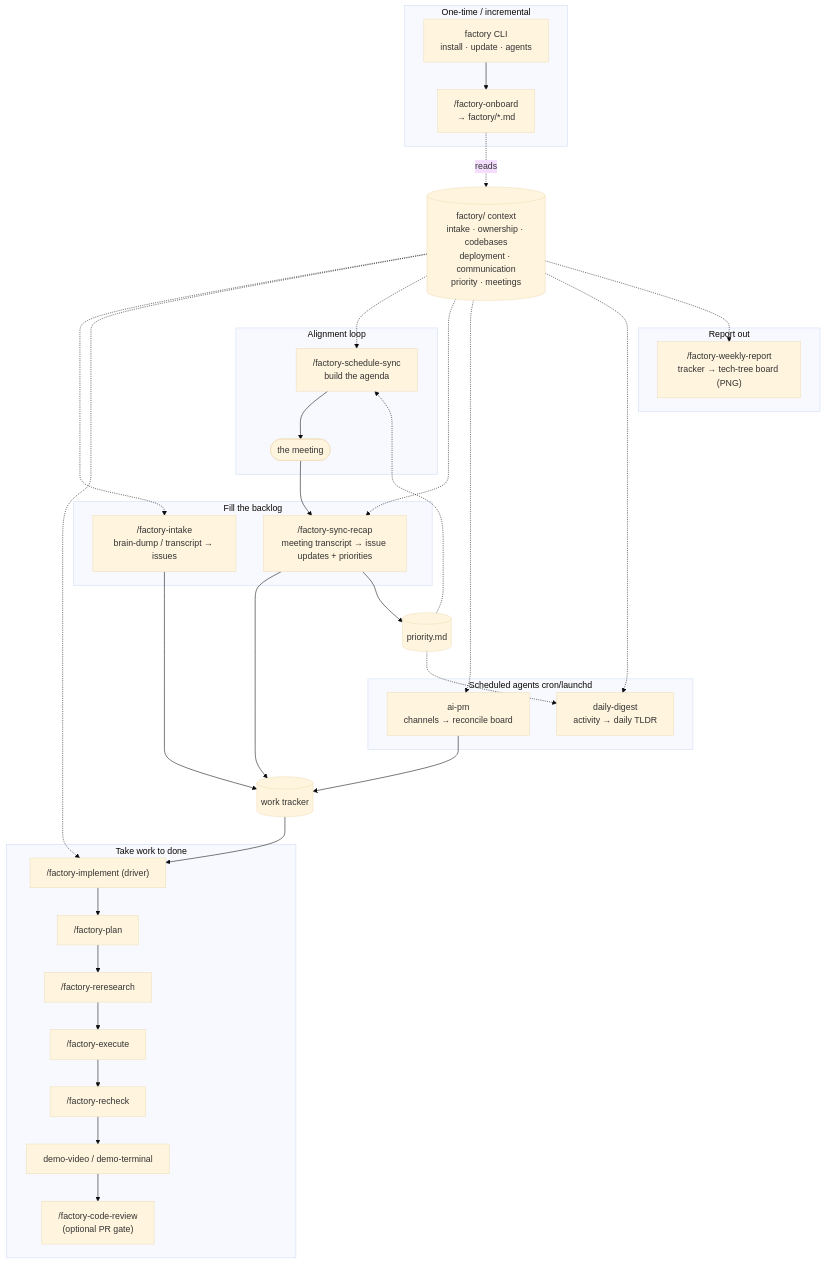
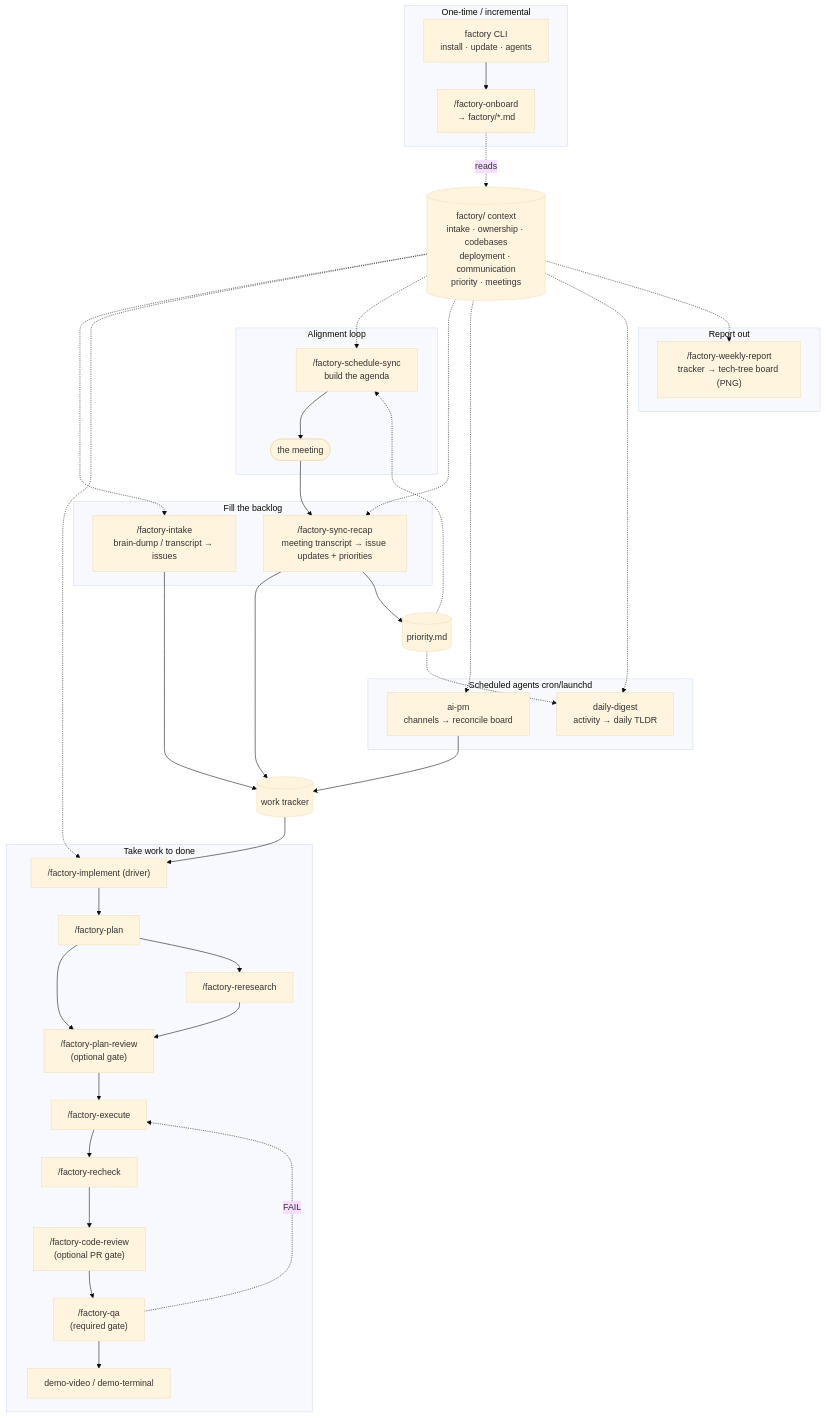
The diagram in README.md (MasonGeloso/claude-factory), drawn with Mermaid (base theme) before and after one commit. The commit also changed other lines of this file and 5 other files, not shown here.

````diff
--- a/README.md
+++ b/README.md
@@ -14,39 +14,41 @@
 ```mermaid
 flowchart TB
     subgraph setup [One-time / incremental]
       CLI["factory CLI\ninstall · update · agents"] --> ONB["/factory-onboard\n→ factory/*.md"]
     end
 
     ONB -.reads.-> CTX[("factory/ context\nintake · ownership · codebases\ndeployment · communication\npriority · meetings")]
 
     subgraph backlog [Fill the backlog]
       INTAKE["/factory-intake\nbrain-dump / transcript → issues"]
       RECAP["/factory-sync-recap\nmeeting transcript → issue updates + priorities"]
     end
 
     subgraph deliver [Take work to done]
       IMPL["/factory-implement (driver)"]
-      IMPL --> PLAN["/factory-plan"] --> RR["/factory-reresearch"] --> EXE["/factory-execute"] --> RC["/factory-recheck"] --> DEMO["demo-video / demo-terminal"] --> REVIEW["/factory-code-review\n(optional PR gate)"]
+      IMPL --> PLAN["/factory-plan"] --> PR1["/factory-plan-review\n(optional gate)"] --> EXE["/factory-execute"] --> RC["/factory-recheck"] --> REVIEW["/factory-code-review\n(optional PR gate)"] --> QA["/factory-qa\n(required gate)"] --> DEMO["demo-video / demo-terminal"]
+      PLAN --> RR["/factory-reresearch"] --> PR1
+      QA -.->|FAIL| EXE
     end
 
     subgraph sync [Alignment loop]
       SCHED["/factory-schedule-sync\nbuild the agenda"] --> MEET([the meeting]) --> RECAP
     end
 
     subgraph report [Report out]
       WEEKLY["/factory-weekly-report\ntracker → tech-tree board (PNG)"]
     end
 
     subgraph agents [Scheduled agents cron/launchd]
       AIPM["ai-pm\nchannels → reconcile board"]
       DIGEST["daily-digest\nactivity → daily TLDR"]
     end
 
     CTX -.-> INTAKE & IMPL & SCHED & RECAP & AIPM & DIGEST & WEEKLY
     INTAKE --> TRACKER[(work tracker)]
     RECAP --> TRACKER
     AIPM --> TRACKER
     TRACKER --> IMPL
     RECAP --> PRI[("priority.md")]
     PRI -.-> DIGEST & SCHED
 ```
````
